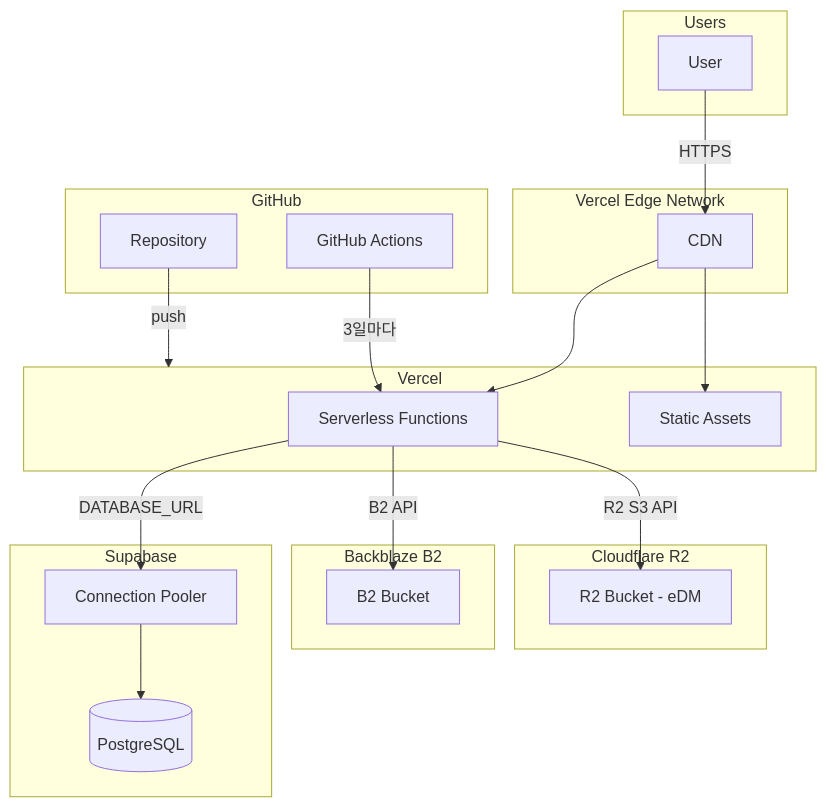
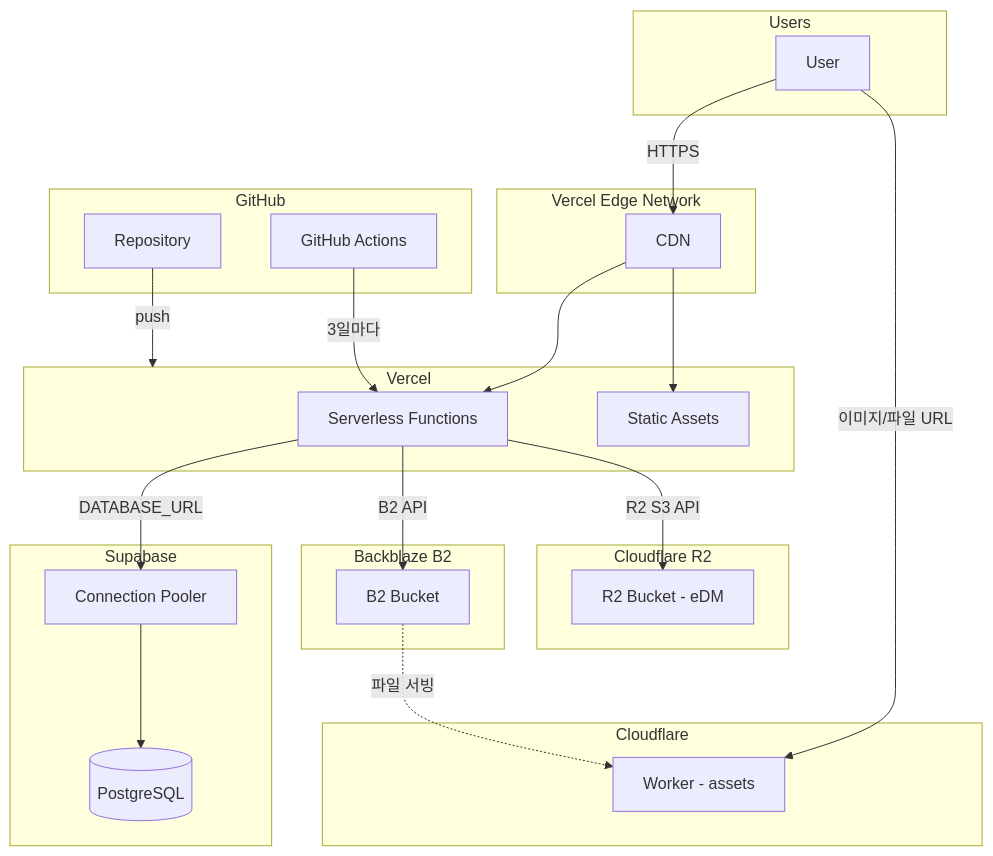
One commit to penta-design5/design5 changed the first of 2 diagrams in docs/INFRASTRUCTURE.md. Above: the diagram before and after it, drawn with Mermaid. The commit also changed other lines of this file and 6 other files, not shown here.

Commit message:
개발문서 업데이트 b2+cloudflare with worker

````diff
--- a/docs/INFRASTRUCTURE.md
+++ b/docs/INFRASTRUCTURE.md
@@ -7,43 +7,49 @@
 ```mermaid
 flowchart TB
   subgraph users [Users]
     U1[User]
   end
 
   subgraph cdn [Vercel Edge Network]
     CDN[CDN]
   end
 
   subgraph vercel [Vercel]
     Serverless[Serverless Functions]
     Static[Static Assets]
   end
 
   subgraph supabase [Supabase]
     PgSQL[(PostgreSQL)]
     Pooler[Connection Pooler]
   end
 
   subgraph b2 [Backblaze B2]
     Bucket[B2 Bucket]
   end
 
+  subgraph cf [Cloudflare]
+    CFWorker[Worker - assets]
+  end
+
   subgraph r2 [Cloudflare R2]
     R2Bucket[R2 Bucket - eDM]
   end
 
   subgraph github [GitHub]
     Repo[Repository]
     Actions[GitHub Actions]
   end
 
   U1 -->|HTTPS| CDN
+  U1 -->|"이미지/파일 URL"| CFWorker
   CDN --> Serverless
   CDN --> Static
   Serverless -->|DATABASE_URL| Pooler
   Pooler --> PgSQL
   Serverless -->|B2 API| Bucket
+  Bucket -.->|"파일 서빙"| CFWorker
   Serverless -->|R2 S3 API| R2Bucket
   Repo -->|push| vercel
   Actions -->|3일마다| Serverless
 ```
````
